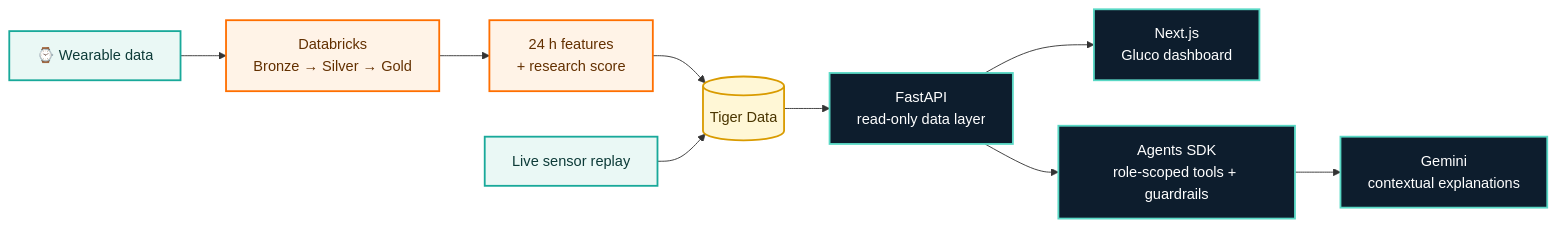
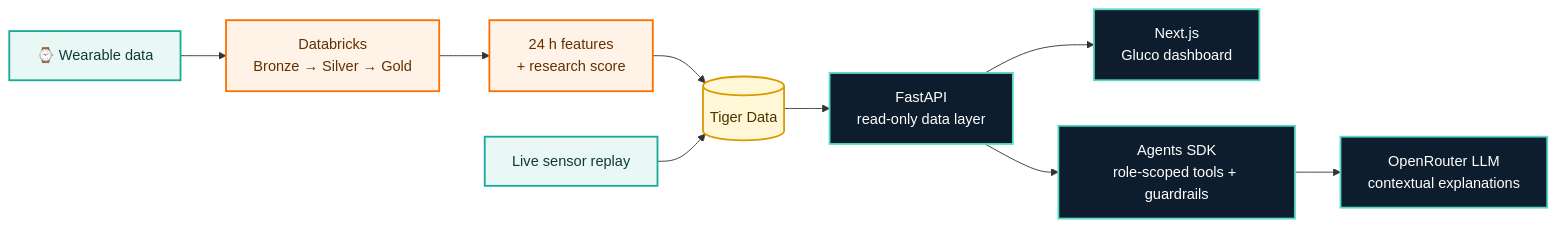
One commit to RudrakshNanavaty/gluco changed the diagram in README.md. Above: the diagram before and after it, drawn with Mermaid. The commit also changed other lines of this file and 8 other files, not shown here.

First line of the commit message:
feat(llm): route the agent through OpenRouter with provider prefs

````diff
--- a/README.md
+++ b/README.md
@@ -56,20 +56,20 @@
 ```mermaid
 flowchart LR
     A["⌚ Wearable data"] --> B["Databricks<br/>Bronze → Silver → Gold"]
     B --> C["24 h features<br/>+ research score"]
     C --> D[("Tiger Data")]
     E["Live sensor replay"] --> D
     D --> F["FastAPI<br/>read-only data layer"]
     F --> G["Next.js<br/>Gluco dashboard"]
     F --> H["Agents SDK<br/>role-scoped tools + guardrails"]
-    H --> I["Gemini<br/>contextual explanations"]
+    H --> I["OpenRouter LLM<br/>contextual explanations"]
 
     classDef source fill:#EAF8F5,stroke:#19A99A,color:#0D3B38,stroke-width:2px;
     classDef compute fill:#FFF3E7,stroke:#FF6F00,color:#633000,stroke-width:2px;
     classDef store fill:#FFF7D6,stroke:#D99B00,color:#4A3500,stroke-width:2px;
     classDef app fill:#0D1D2D,stroke:#59D8C5,color:#FFFFFF,stroke-width:2px;
     class A,E source;
     class B,C compute;
     class D store;
     class F,G,H,I app;
 ```
````
